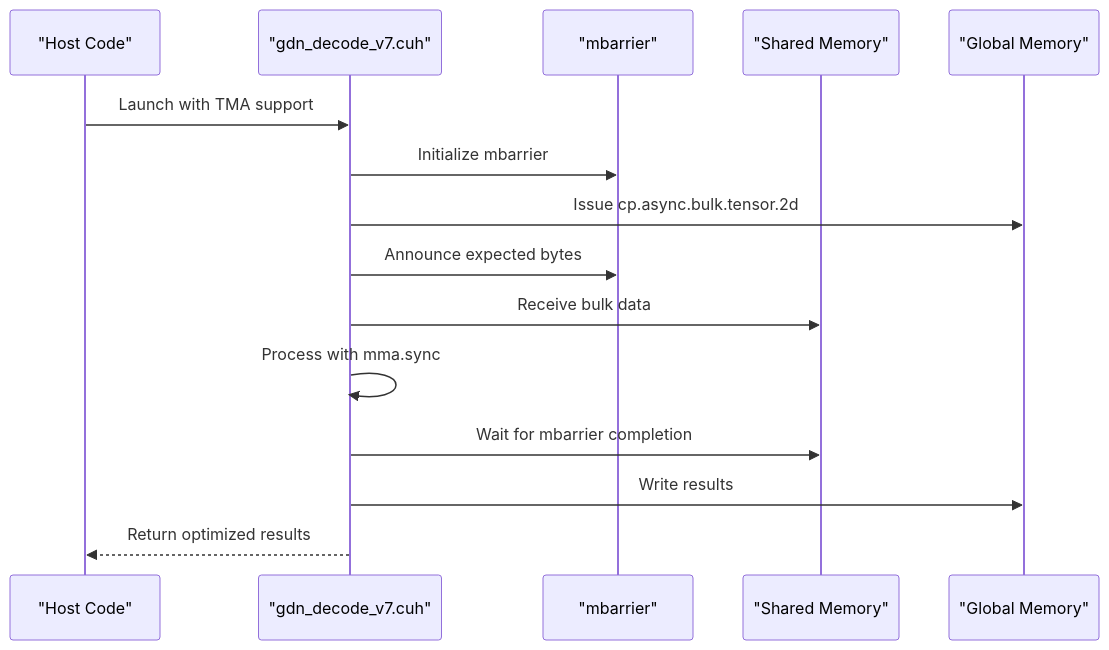
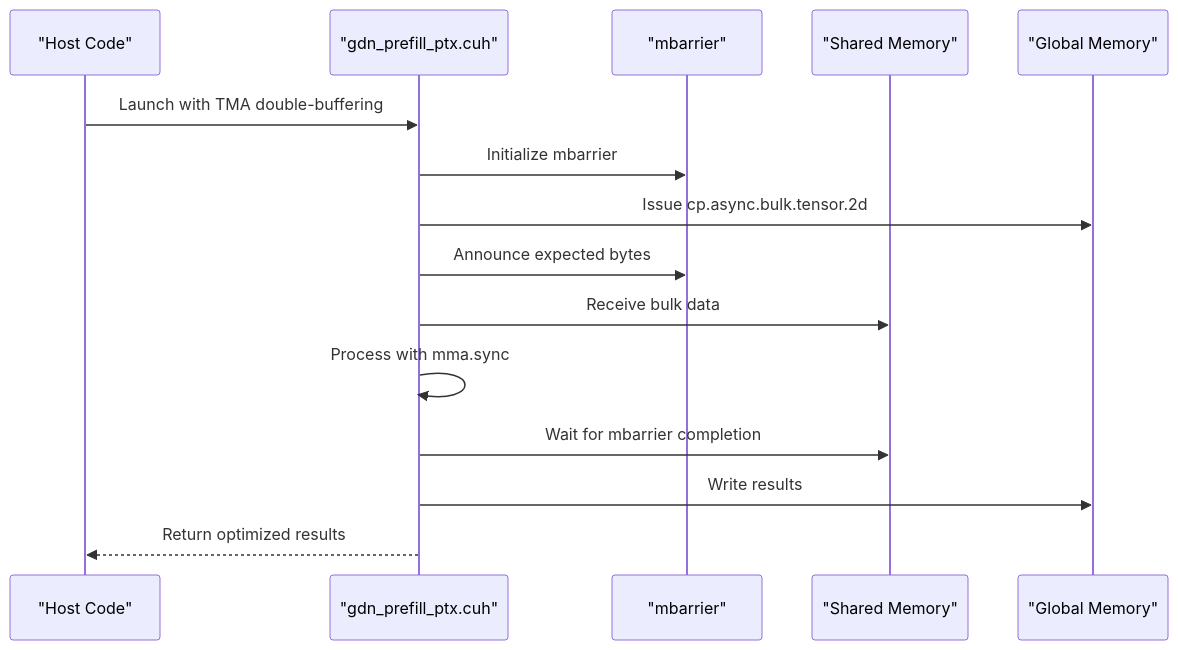
One commit to gugudeshubao/flashinfer-bench-tma-thrust changed the fourth of 8 diagrams in .qoder/repowiki/en/content/Optimization Strategies/Optimization Tracking Log.md. Above: the diagram before and after it, drawn with Mermaid. The commit also changed other lines of this file and 19 other files, not shown here.

````diff
--- a/.qoder/repowiki/en/content/Optimization Strategies/Optimization Tracking Log.md
+++ b/.qoder/repowiki/en/content/Optimization Strategies/Optimization Tracking Log.md
@@ -245,17 +245,17 @@
 ```mermaid
 sequenceDiagram
 participant Host as "Host Code"
-participant Kernel as "gdn_decode_v7.cuh"
+participant Kernel as "gdn_prefill_ptx.cuh"
 participant MBAR as "mbarrier"
 participant SMEM as "Shared Memory"
 participant HBM as "Global Memory"
-Host->>Kernel : Launch with TMA support
+Host->>Kernel : Launch with TMA double-buffering
 Kernel->>MBAR : Initialize mbarrier
 Kernel->>HBM : Issue cp.async.bulk.tensor.2d
 Kernel->>MBAR : Announce expected bytes
 Kernel->>SMEM : Receive bulk data
 Kernel->>Kernel : Process with mma.sync
 Kernel->>SMEM : Wait for mbarrier completion
 Kernel->>HBM : Write results
 Kernel-->>Host : Return optimized results
 ```
````
